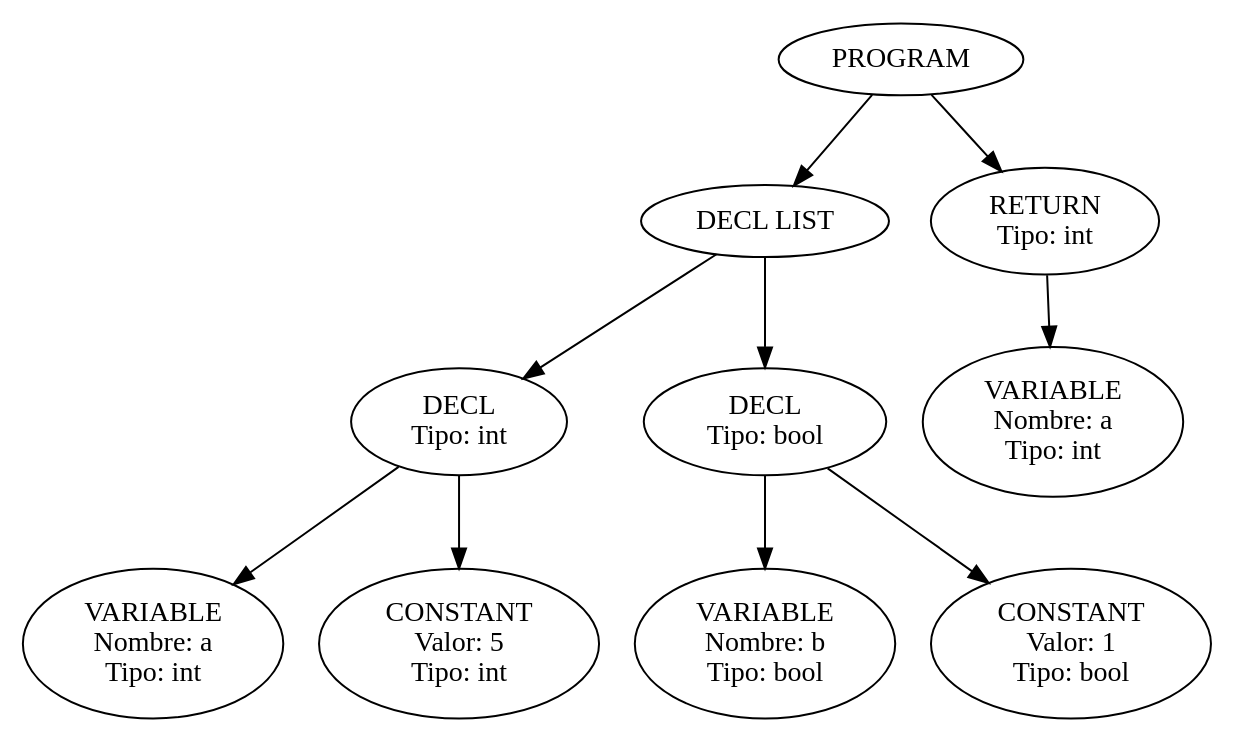
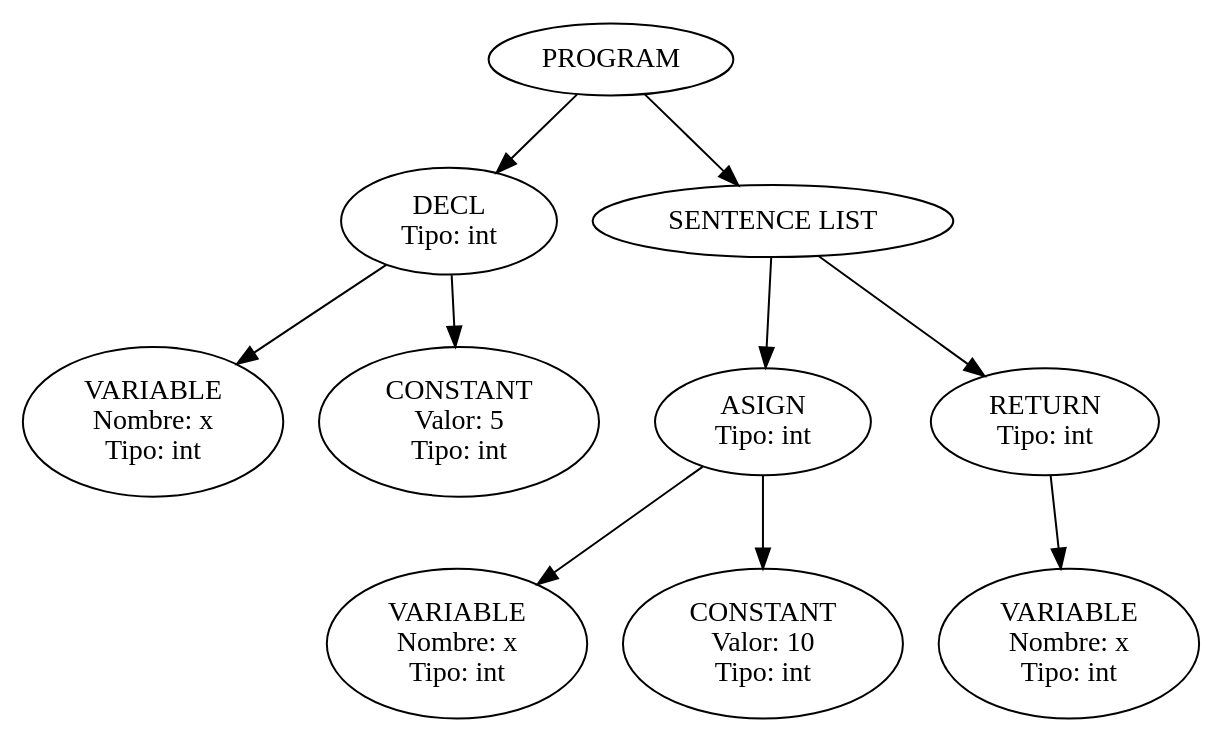
Before and after one commit to LucioMansilla/loopi_compiler: the diagram in ast.dot, drawn with Graphviz. The commit also changed 7 other files, not shown here.

```diff
--- a/ast.dot
+++ b/ast.dot
@@ -1,21 +1,21 @@
 digraph AST {
   0 [label="PROGRAM"];
-  1 [label="DECL LIST"];
-  2 [label="DECL\nTipo: int"];
-  3 [label="VARIABLE\nNombre: a\nTipo: int"];
-  2 -> 3;
-  4 [label="CONSTANT\nValor: 5\nTipo: int"];
-  2 -> 4;
+  1 [label="DECL\nTipo: int"];
+  2 [label="VARIABLE\nNombre: x\nTipo: int"];
   1 -> 2;
-  5 [label="DECL\nTipo: bool"];
-  6 [label="VARIABLE\nNombre: b\nTipo: bool"];
+  3 [label="CONSTANT\nValor: 5\nTipo: int"];
+  1 -> 3;
+  0 -> 1;
+  4 [label="SENTENCE LIST"];
+  5 [label="ASIGN\nTipo: int"];
+  6 [label="VARIABLE\nNombre: x\nTipo: int"];
   5 -> 6;
-  7 [label="CONSTANT\nValor: 1\nTipo: bool"];
+  7 [label="CONSTANT\nValor: 10\nTipo: int"];
   5 -> 7;
-  1 -> 5;
-  0 -> 1;
+  4 -> 5;
   8 [label="RETURN\nTipo: int"];
-  9 [label="VARIABLE\nNombre: a\nTipo: int"];
+  9 [label="VARIABLE\nNombre: x\nTipo: int"];
   8 -> 9;
-  0 -> 8;
+  4 -> 8;
+  0 -> 4;
 }
```
